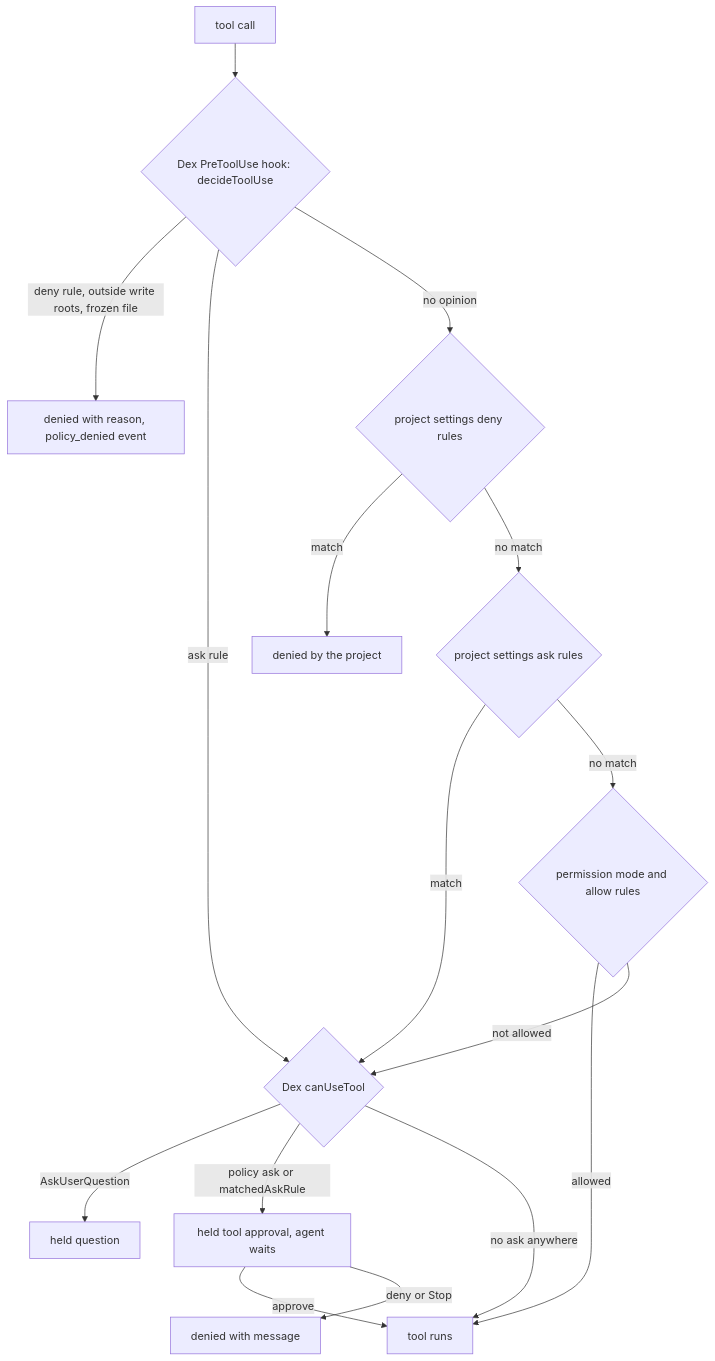
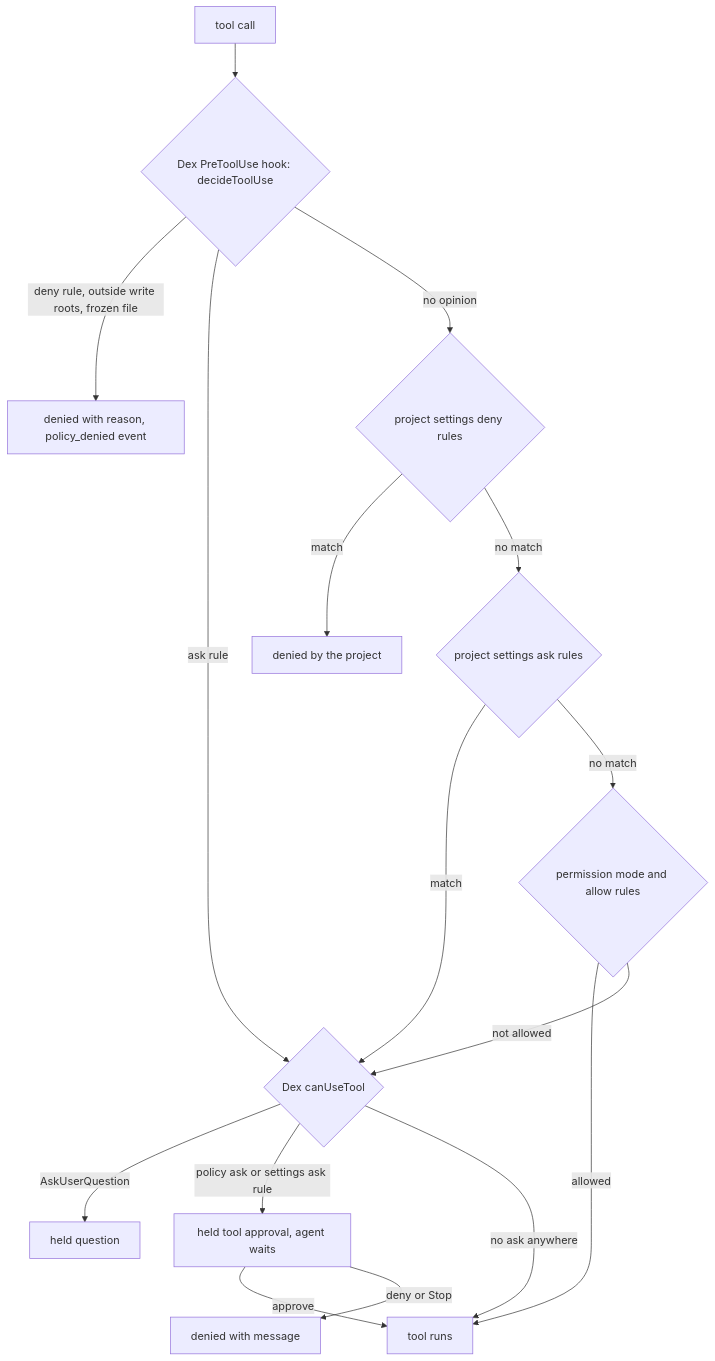
Before and after one commit to lukaskellerstein/dex: the third of 3 diagrams in docs/features/001_lean-core/README.md, drawn with Mermaid. The commit also changed other lines of this file and 15 other files, not shown here.

First line of the commit message:
Hold settings ask rules the SDK reports as decisionReasonType rule (T067)

````diff
--- a/docs/features/001_lean-core/README.md
+++ b/docs/features/001_lean-core/README.md
@@ -111,18 +111,18 @@
 ```mermaid
 flowchart TD
   CALL["tool call"] --> HOOK{"Dex PreToolUse hook: decideToolUse"}
   HOOK -->|"deny rule, outside write roots, frozen file"| D1["denied with reason, policy_denied event"]
   HOOK -->|"ask rule"| CUT{"Dex canUseTool"}
   HOOK -->|"no opinion"| SD{"project settings deny rules"}
   SD -->|match| D2["denied by the project"]
   SD -->|"no match"| SA{"project settings ask rules"}
   SA -->|match| CUT
   SA -->|"no match"| MODE{"permission mode and allow rules"}
   MODE -->|allowed| RUNS["tool runs"]
   MODE -->|"not allowed"| CUT
   CUT -->|AskUserQuestion| Q["held question"]
-  CUT -->|"policy ask or matchedAskRule"| AP["held tool approval, agent waits"]
+  CUT -->|"policy ask or settings ask rule"| AP["held tool approval, agent waits"]
   CUT -->|"no ask anywhere"| RUNS
   AP -->|approve| RUNS
   AP -->|"deny or Stop"| D3["denied with message"]
 ```
````
